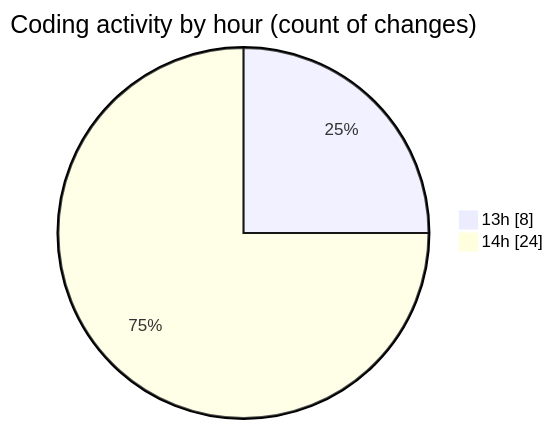
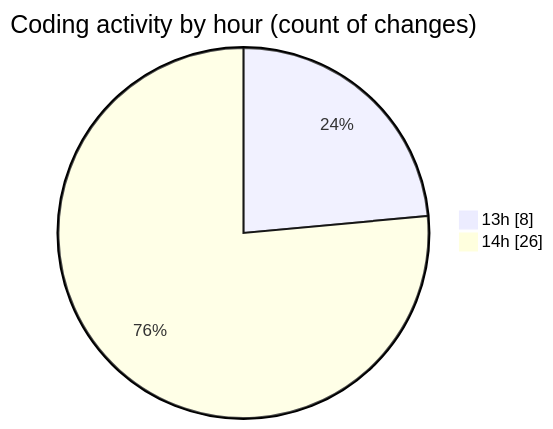
One commit to lephambinh05/code-tracking changed the second of 2 diagrams in 2025-07-15/footballstatsapp/README.md. Above: the diagram before and after it, drawn with Mermaid. The commit also changed other lines of this file and 1 other file, not shown here.

````diff
--- a/2025-07-15/footballstatsapp/README.md
+++ b/2025-07-15/footballstatsapp/README.md
@@ -48,6 +48,6 @@
 ```mermaid
 pie showData
 title Coding activity by hour (count of changes)
 "13h" : 8
-"14h" : 24
+"14h" : 26
 ```
````
